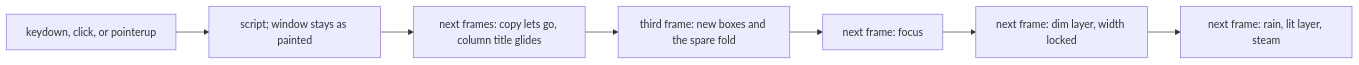
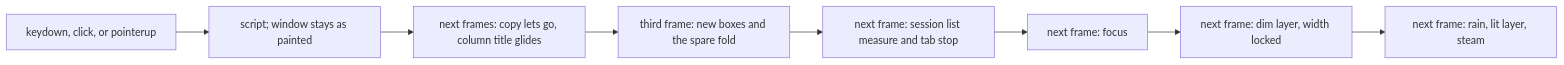
One commit to nessalabs/nessa-agent changed the second of 2 diagrams in docs/design/pane-frame-budget.md. Above: the diagram before and after it, drawn with Mermaid. The commit also changed other lines of this file and 8 other files, not shown here.

First line of the commit message:
Hold the session list's measure through the pane fold.

````diff
--- a/docs/design/pane-frame-budget.md
+++ b/docs/design/pane-frame-budget.md
@@ -135,9 +137,10 @@
 ```mermaid
 flowchart LR
   input["keydown, click, or pointerup"] --> script["script; window stays as painted"]
   script --> glide["next frames: copy lets go, column title glides"]
   glide --> boxes["third frame: new boxes and the spare fold"]
-  boxes --> focus["next frame: focus"]
+  boxes --> list["next frame: session list measure and tab stop"]
+  list --> focus["next frame: focus"]
   focus --> dim["next frame: dim layer, width locked"]
   dim --> rest["next frame: rain, lit layer, steam"]
 ```
````
